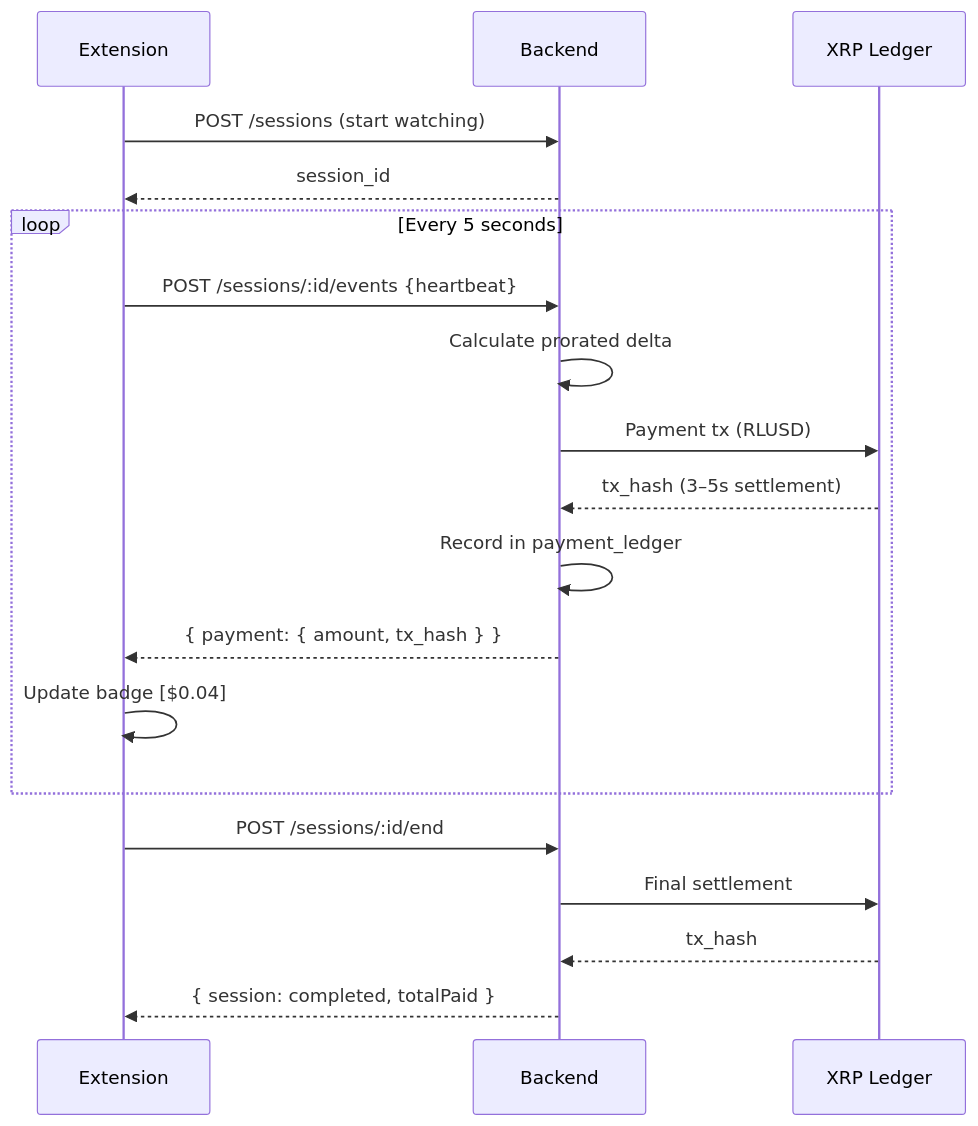
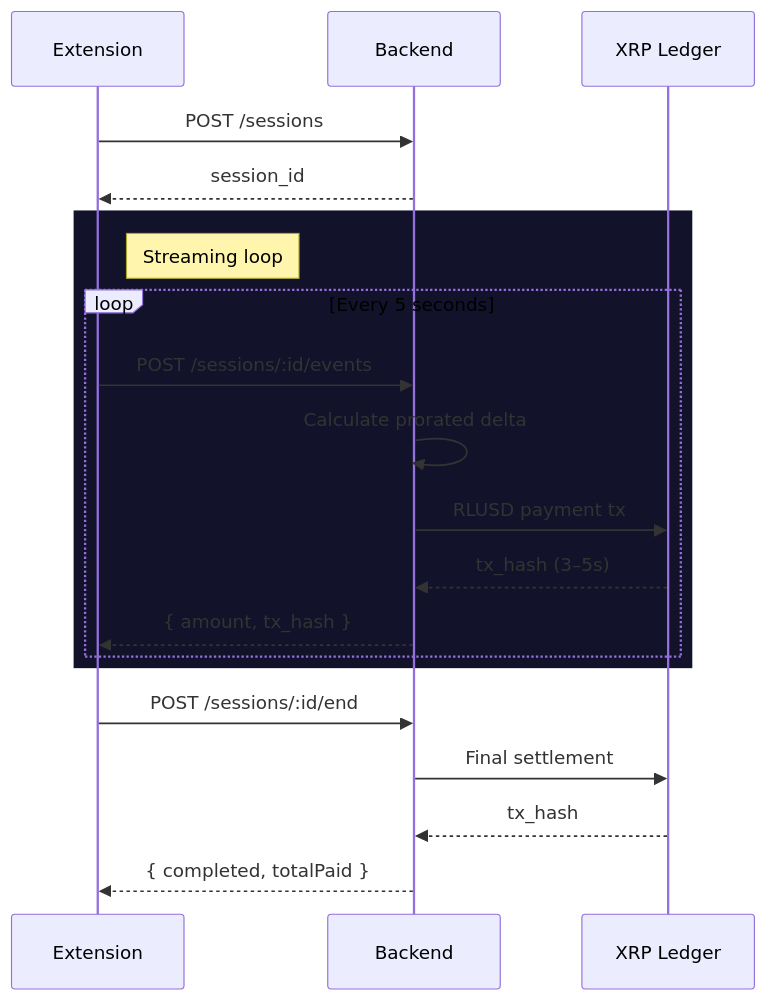
The third of 4 diagrams in README.md (yashnakadi/StreamFair), drawn with Mermaid before and after one commit. The commit also changed other lines of this file, not shown here.

````diff
--- a/README.md
+++ b/README.md
@@ -239,24 +223,25 @@
 ```mermaid
 sequenceDiagram
     participant Ext as Extension
     participant API as Backend
     participant XRPL as XRP Ledger
 
-    Ext->>API: POST /sessions (start watching)
+    Ext->>API: POST /sessions
     API-->>Ext: session_id
 
+    rect rgb(18, 18, 42)
+    note right of Ext: Streaming loop
     loop Every 5 seconds
-        Ext->>API: POST /sessions/:id/events {heartbeat}
+        Ext->>API: POST /sessions/:id/events
         API->>API: Calculate prorated delta
-        API->>XRPL: Payment tx (RLUSD)
-        XRPL-->>API: tx_hash (3–5s settlement)
-        API->>API: Record in payment_ledger
-        API-->>Ext: { payment: { amount, tx_hash } }
-        Ext->>Ext: Update badge [$0.04]
+        API->>XRPL: RLUSD payment tx
+        XRPL-->>API: tx_hash (3–5s)
+        API-->>Ext: { amount, tx_hash }
+    end
     end
 
     Ext->>API: POST /sessions/:id/end
     API->>XRPL: Final settlement
     XRPL-->>API: tx_hash
-    API-->>Ext: { session: completed, totalPaid }
+    API-->>Ext: { completed, totalPaid }
 ```
````
